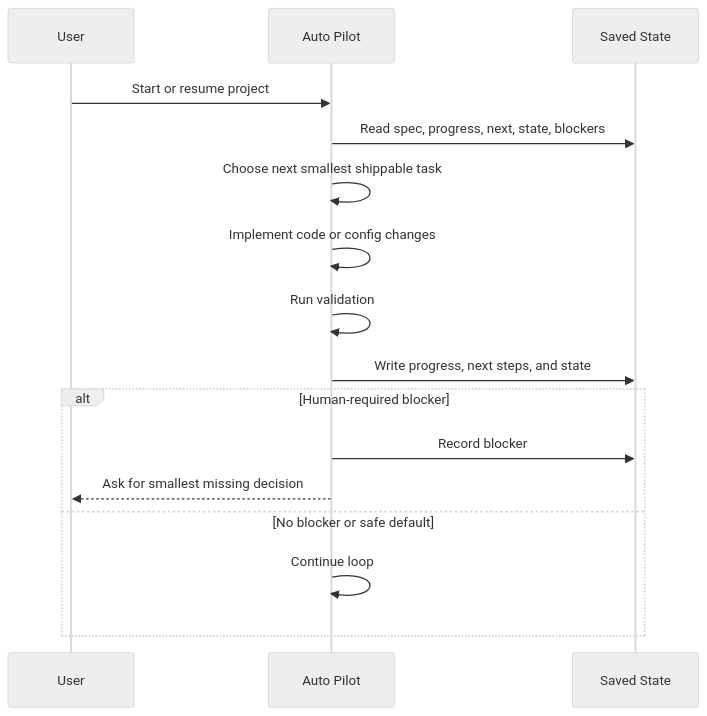
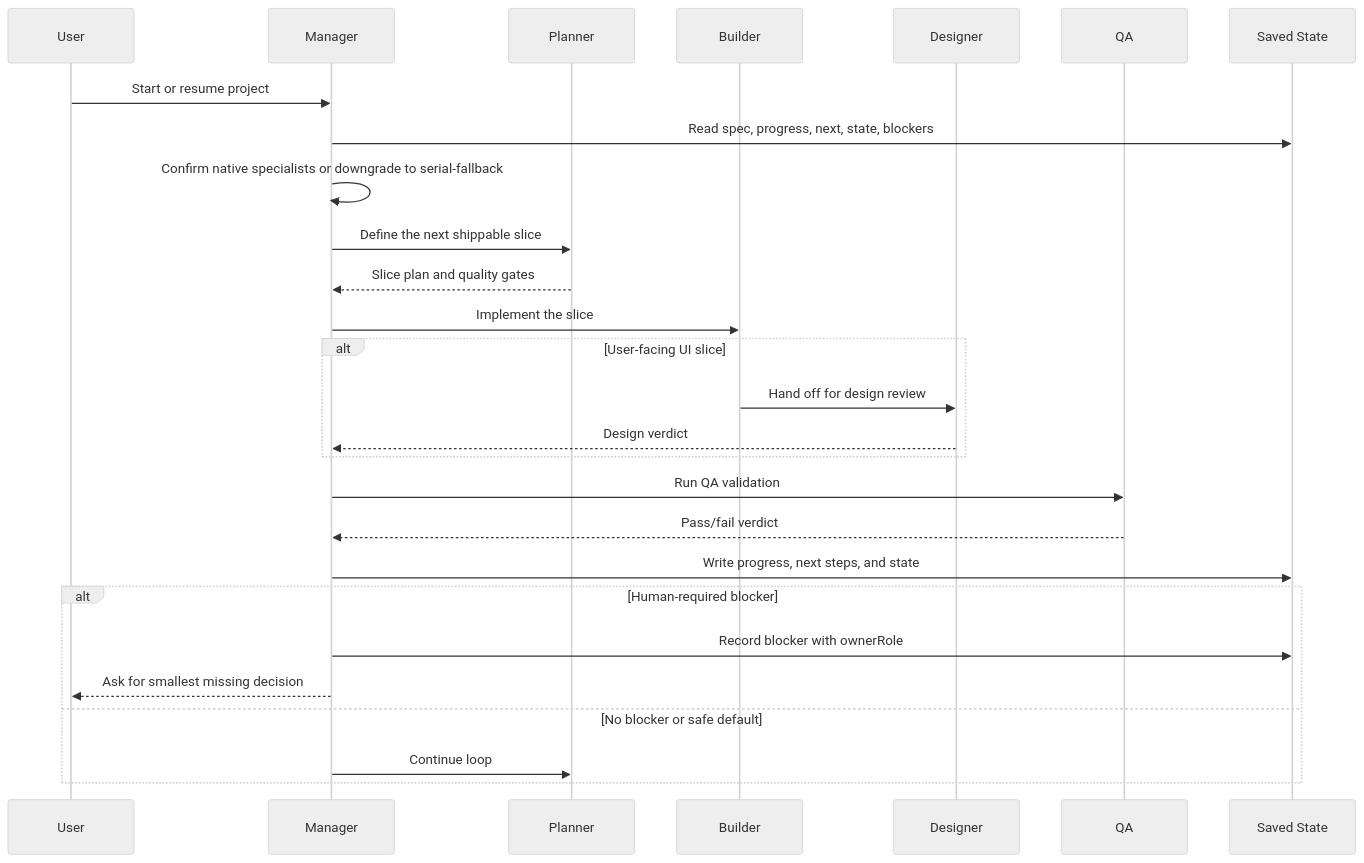
One commit to minsu0707/auto-pilot changed the fourth of 4 diagrams in docs/05-how-it-works.md. Above: the diagram before and after it, drawn with Mermaid (neutral theme). The commit also changed other lines of this file and 16 other files, not shown here.

````diff
--- a/docs/05-how-it-works.md
+++ b/docs/05-how-it-works.md
@@ -101,18 +125,29 @@
 ```mermaid
 sequenceDiagram
     participant U as User
-    participant A as Auto Pilot
+    participant A as Manager
+    participant P as Planner
+    participant B as Builder
+    participant D as Designer
+    participant Q as QA
     participant S as Saved State
     U->>A: Start or resume project
     A->>S: Read spec, progress, next, state, blockers
-    A->>A: Choose next smallest shippable task
-    A->>A: Implement code or config changes
-    A->>A: Run validation
+    A->>A: Confirm native specialists or downgrade to serial-fallback
+    A->>P: Define the next shippable slice
+    P-->>A: Slice plan and quality gates
+    A->>B: Implement the slice
+    alt User-facing UI slice
+        B->>D: Hand off for design review
+        D-->>A: Design verdict
+    end
+    A->>Q: Run QA validation
+    Q-->>A: Pass/fail verdict
     A->>S: Write progress, next steps, and state
     alt Human-required blocker
-        A->>S: Record blocker
+        A->>S: Record blocker with ownerRole
         A-->>U: Ask for smallest missing decision
     else No blocker or safe default
-        A->>A: Continue loop
+        A->>P: Continue loop
     end
 ```
````
